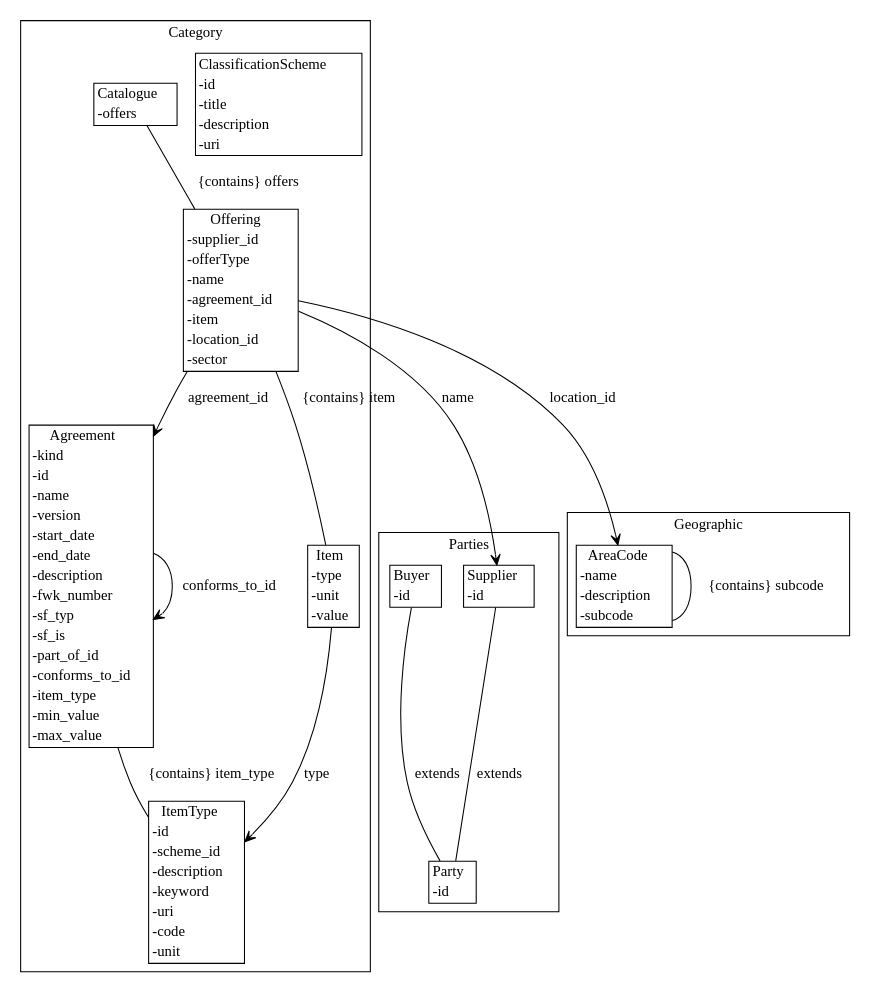
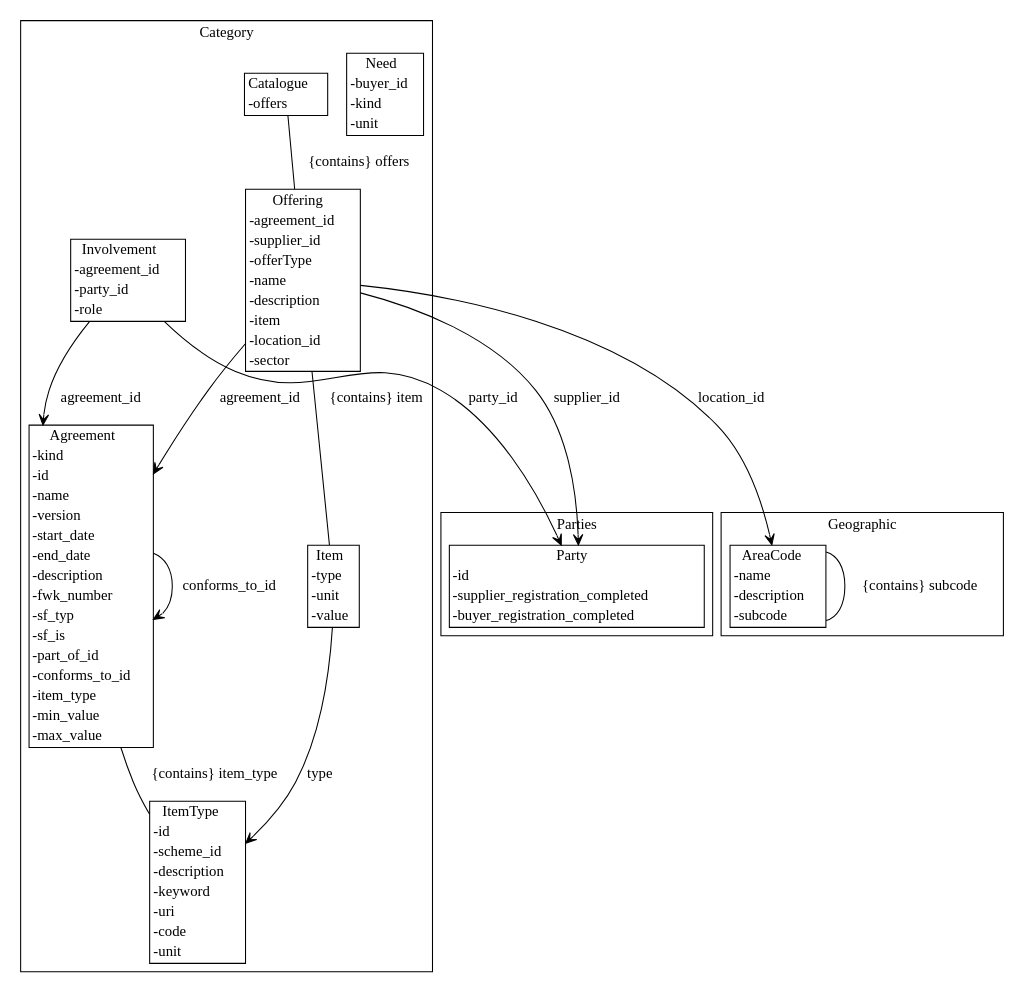
The diagram in agreement-design/gen/diagrams/data_model.dot (Crown-Commercial-Service/cmp-design-prototype), drawn with Graphviz before and after one commit. The commit also changed 7 other files, not shown here.

```diff
--- a/agreement-design/gen/diagrams/data_model.dot
+++ b/agreement-design/gen/diagrams/data_model.dot
@@ -1,37 +1,35 @@
 strict digraph {
 subgraph cluster_Category {
 node [shape=plaintext margin=0];
 label=Category;
-"ClassificationScheme" [label=<<table BORDER="1" CELLBORDER="0" CELLSPACING="0"><TH><TD>ClassificationScheme</TD></TH><TR><TD ALIGN="LEFT">-id</TD></TR><TR><TD ALIGN="LEFT">-title</TD></TR><TR><TD ALIGN="LEFT">-description</TD></TR><TR><TD ALIGN="LEFT">-uri</TD></TR></table>>];
 "ItemType" [label=<<table BORDER="1" CELLBORDER="0" CELLSPACING="0"><TH><TD>ItemType</TD></TH><TR><TD ALIGN="LEFT">-id</TD></TR><TR><TD ALIGN="LEFT">-scheme_id</TD></TR><TR><TD ALIGN="LEFT">-description</TD></TR><TR><TD ALIGN="LEFT">-keyword</TD></TR><TR><TD ALIGN="LEFT">-uri</TD></TR><TR><TD ALIGN="LEFT">-code</TD></TR><TR><TD ALIGN="LEFT">-unit</TD></TR></table>>];
+"Need" [label=<<table BORDER="1" CELLBORDER="0" CELLSPACING="0"><TH><TD>Need</TD></TH><TR><TD ALIGN="LEFT">-buyer_id</TD></TR><TR><TD ALIGN="LEFT">-kind</TD></TR><TR><TD ALIGN="LEFT">-unit</TD></TR></table>>];
 "Agreement" [label=<<table BORDER="1" CELLBORDER="0" CELLSPACING="0"><TH><TD>Agreement</TD></TH><TR><TD ALIGN="LEFT">-kind</TD></TR><TR><TD ALIGN="LEFT">-id</TD></TR><TR><TD ALIGN="LEFT">-name</TD></TR><TR><TD ALIGN="LEFT">-version</TD></TR><TR><TD ALIGN="LEFT">-start_date</TD></TR><TR><TD ALIGN="LEFT">-end_date</TD></TR><TR><TD ALIGN="LEFT">-description</TD></TR><TR><TD ALIGN="LEFT">-fwk_number</TD></TR><TR><TD ALIGN="LEFT">-sf_typ</TD></TR><TR><TD ALIGN="LEFT">-sf_is</TD></TR><TR><TD ALIGN="LEFT">-part_of_id</TD></TR><TR><TD ALIGN="LEFT">-conforms_to_id</TD></TR><TR><TD ALIGN="LEFT">-item_type</TD></TR><TR><TD ALIGN="LEFT">-min_value</TD></TR><TR><TD ALIGN="LEFT">-max_value</TD></TR></table>>];
 "Item" [label=<<table BORDER="1" CELLBORDER="0" CELLSPACING="0"><TH><TD>Item</TD></TH><TR><TD ALIGN="LEFT">-type</TD></TR><TR><TD ALIGN="LEFT">-unit</TD></TR><TR><TD ALIGN="LEFT">-value</TD></TR></table>>];
-"Offering" [label=<<table BORDER="1" CELLBORDER="0" CELLSPACING="0"><TH><TD>Offering</TD></TH><TR><TD ALIGN="LEFT">-supplier_id</TD></TR><TR><TD ALIGN="LEFT">-offerType</TD></TR><TR><TD ALIGN="LEFT">-name</TD></TR><TR><TD ALIGN="LEFT">-agreement_id</TD></TR><TR><TD ALIGN="LEFT">-item</TD></TR><TR><TD ALIGN="LEFT">-location_id</TD></TR><TR><TD ALIGN="LEFT">-sector</TD></TR></table>>];
+"Offering" [label=<<table BORDER="1" CELLBORDER="0" CELLSPACING="0"><TH><TD>Offering</TD></TH><TR><TD ALIGN="LEFT">-agreement_id</TD></TR><TR><TD ALIGN="LEFT">-supplier_id</TD></TR><TR><TD ALIGN="LEFT">-offerType</TD></TR><TR><TD ALIGN="LEFT">-name</TD></TR><TR><TD ALIGN="LEFT">-description</TD></TR><TR><TD ALIGN="LEFT">-item</TD></TR><TR><TD ALIGN="LEFT">-location_id</TD></TR><TR><TD ALIGN="LEFT">-sector</TD></TR></table>>];
 "Catalogue" [label=<<table BORDER="1" CELLBORDER="0" CELLSPACING="0"><TH><TD>Catalogue</TD></TH><TR><TD ALIGN="LEFT">-offers</TD></TR></table>>];
+"Involvement" [label=<<table BORDER="1" CELLBORDER="0" CELLSPACING="0"><TH><TD>Involvement</TD></TH><TR><TD ALIGN="LEFT">-agreement_id</TD></TR><TR><TD ALIGN="LEFT">-party_id</TD></TR><TR><TD ALIGN="LEFT">-role</TD></TR></table>>];
 }
 subgraph cluster_Parties {
 node [shape=plaintext margin=0];
 label=Parties;
-"Party" [label=<<table BORDER="1" CELLBORDER="0" CELLSPACING="0"><TH><TD>Party</TD></TH><TR><TD ALIGN="LEFT">-id</TD></TR></table>>];
-"Supplier" [label=<<table BORDER="1" CELLBORDER="0" CELLSPACING="0"><TH><TD>Supplier</TD></TH><TR><TD ALIGN="LEFT">-id</TD></TR></table>>];
-"Buyer" [label=<<table BORDER="1" CELLBORDER="0" CELLSPACING="0"><TH><TD>Buyer</TD></TH><TR><TD ALIGN="LEFT">-id</TD></TR></table>>];
+"Party" [label=<<table BORDER="1" CELLBORDER="0" CELLSPACING="0"><TH><TD>Party</TD></TH><TR><TD ALIGN="LEFT">-id</TD></TR><TR><TD ALIGN="LEFT">-supplier_registration_completed</TD></TR><TR><TD ALIGN="LEFT">-buyer_registration_completed</TD></TR></table>>];
 }
 subgraph cluster_Geographic {
 node [shape=plaintext margin=0];
 label=Geographic;
 "AreaCode" [label=<<table BORDER="1" CELLBORDER="0" CELLSPACING="0"><TH><TD>AreaCode</TD></TH><TR><TD ALIGN="LEFT">-name</TD></TR><TR><TD ALIGN="LEFT">-description</TD></TR><TR><TD ALIGN="LEFT">-subcode</TD></TR></table>>];
 }
 "Agreement" -> "Agreement" [label="part_of_id" arrowhead = "open" arrowtail = "none" ];
 "Agreement" -> "Agreement" [label="conforms_to_id" arrowhead = "open" arrowtail = "none" ];
 "Agreement" -> "ItemType" [label="{contains} item_type" arrowhead = "none" arrowtail = "diamond" ];
 "Item" -> "ItemType" [label="type" arrowhead = "open" arrowtail = "none" ];
-"Offering" -> "Supplier" [label="supplier_id" arrowhead = "open" arrowtail = "none" ];
-"Offering" -> "Supplier" [label="name" arrowhead = "open" arrowtail = "none" ];
 "Offering" -> "Agreement" [label="agreement_id" arrowhead = "open" arrowtail = "none" ];
+"Offering" -> "Party" [label="supplier_id" arrowhead = "open" arrowtail = "none" ];
 "Offering" -> "Item" [label="{contains} item" arrowhead = "none" arrowtail = "diamond" ];
 "Offering" -> "AreaCode" [label="location_id" arrowhead = "open" arrowtail = "none" ];
 "Catalogue" -> "Offering" [label="{contains} offers" arrowhead = "none" arrowtail = "diamond" ];
-"Supplier" -> "Party" [label="extends" arrowhead = "none" arrowtail = "normal" ];
-"Buyer" -> "Party" [label="extends" arrowhead = "none" arrowtail = "normal" ];
+"Involvement" -> "Agreement" [label="agreement_id" arrowhead = "open" arrowtail = "none" ];
+"Involvement" -> "Party" [label="party_id" arrowhead = "open" arrowtail = "none" ];
 "AreaCode" -> "AreaCode" [label="{contains} subcode" arrowhead = "none" arrowtail = "diamond" ];
 }
```
